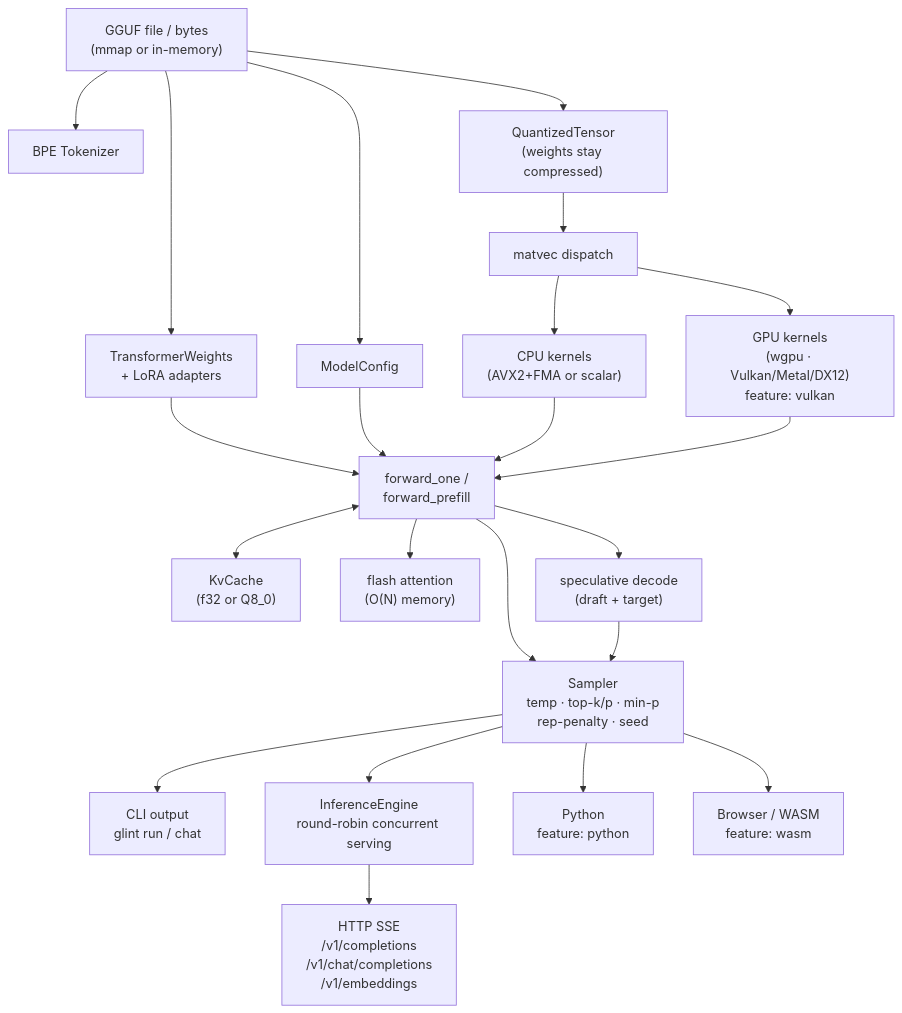
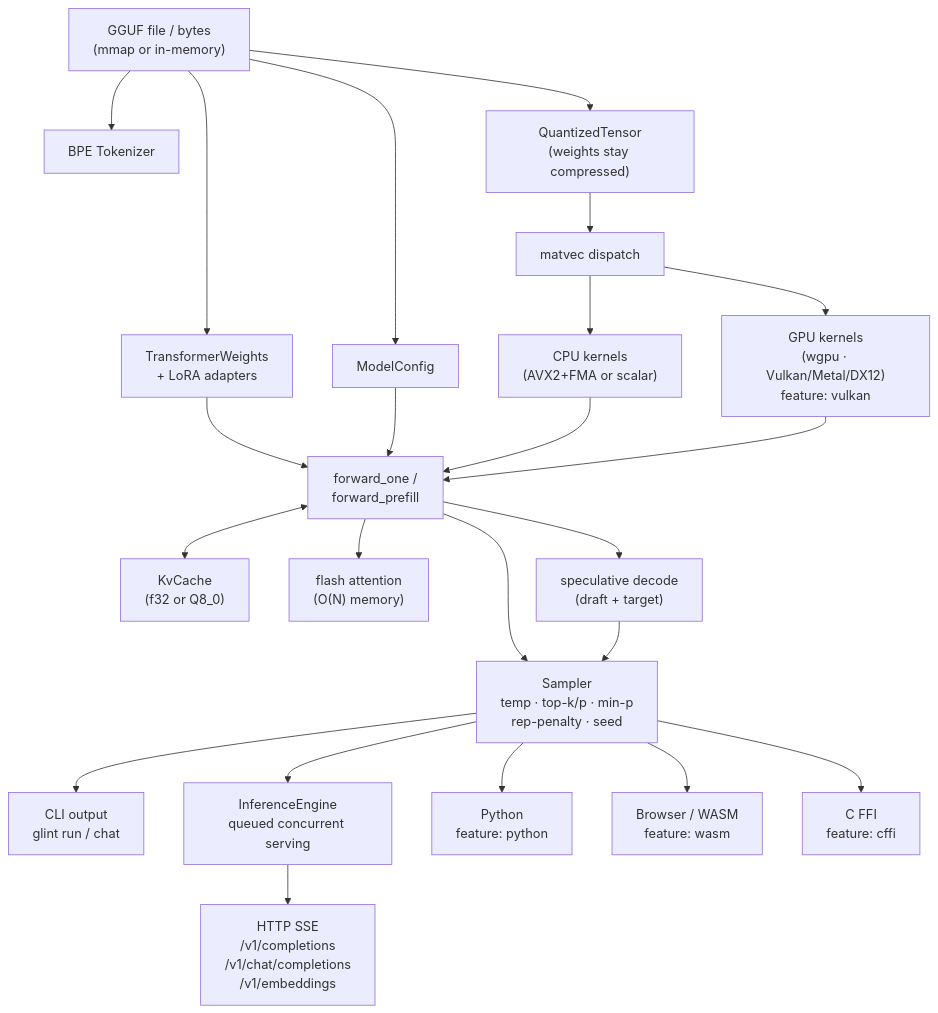
Before and after one commit to HamadAndrabi/glint: the diagram in README.md, drawn with Mermaid. The commit also changed other lines of this file and 50 other files, not shown here.

````diff
--- a/README.md
+++ b/README.md
@@ -257,31 +278,32 @@
 ```mermaid
 flowchart TD
     GGUF["GGUF file / bytes<br/>(mmap or in-memory)"]
 
     GGUF --> Config["ModelConfig"]
     GGUF --> Tok["BPE Tokenizer"]
     GGUF --> Weights["TransformerWeights<br/>+ LoRA adapters"]
     GGUF --> QT["QuantizedTensor<br/>(weights stay compressed)"]
 
     QT --> Dispatch["matvec dispatch"]
     Dispatch --> CPU["CPU kernels<br/>(AVX2+FMA or scalar)"]
     Dispatch --> GPU["GPU kernels<br/>(wgpu · Vulkan/Metal/DX12)<br/>feature: vulkan"]
 
     Weights --> FWD["forward_one /<br/>forward_prefill"]
     Config --> FWD
     FWD <--> KV["KvCache<br/>(f32 or Q8_0)"]
     FWD --> Flash["flash attention<br/>(O(N) memory)"]
     CPU --> FWD
     GPU --> FWD
 
     FWD --> Spec["speculative decode<br/>(draft + target)"]
     FWD --> Sampler["Sampler<br/>temp · top-k/p · min-p<br/>rep-penalty · seed"]
 
     Spec --> Sampler
 
     Sampler --> CLI["CLI output<br/>glint run / chat"]
-    Sampler --> Engine["InferenceEngine<br/>round-robin concurrent serving"]
+    Sampler --> Engine["InferenceEngine<br/>queued concurrent serving"]
     Engine --> SSE["HTTP SSE<br/>/v1/completions<br/>/v1/chat/completions<br/>/v1/embeddings"]
     Sampler --> Py["Python<br/>feature: python"]
     Sampler --> WASM["Browser / WASM<br/>feature: wasm"]
+    Sampler --> CFFI["C FFI<br/>feature: cffi"]
 ```
````
